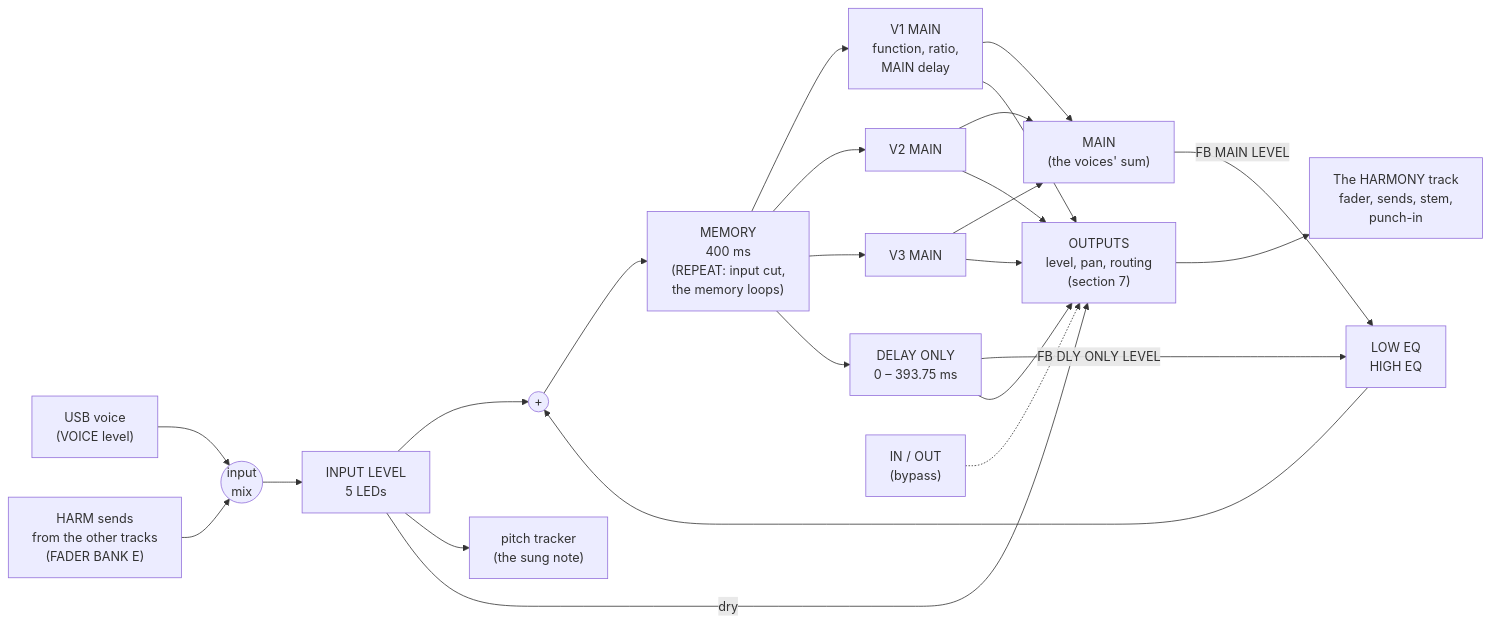
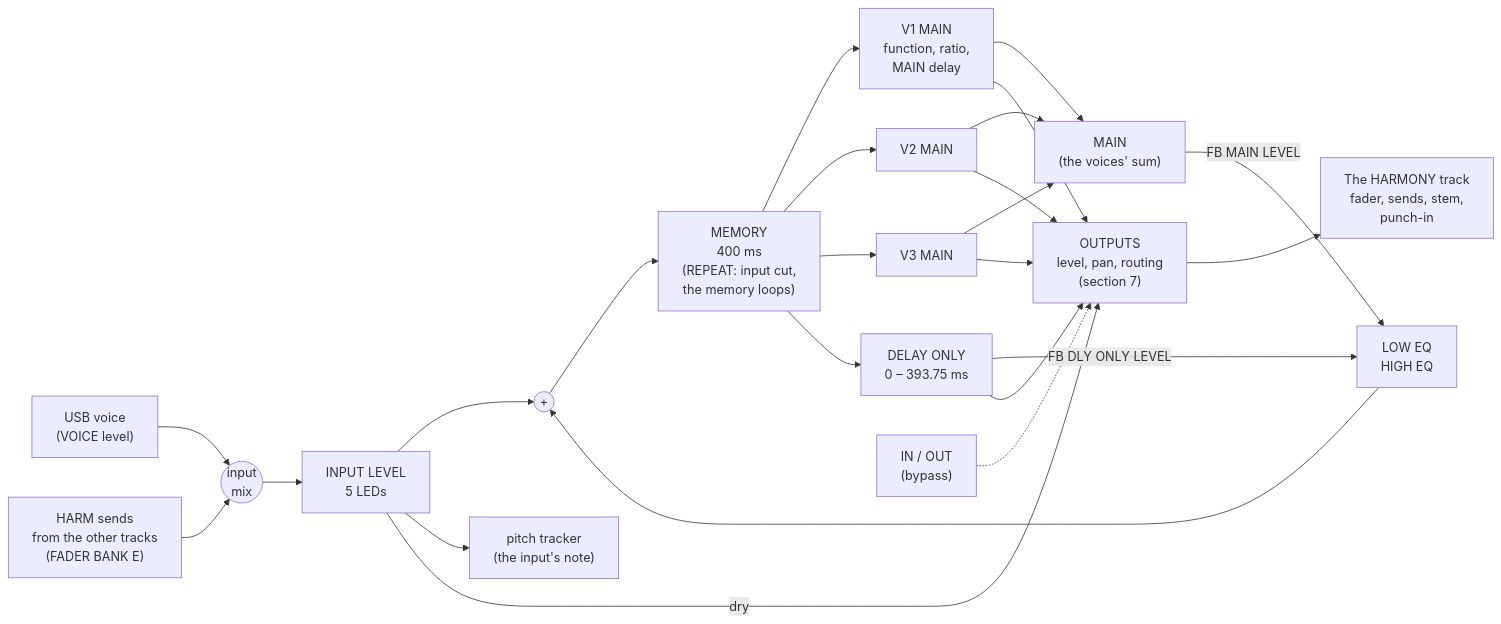
One commit to MiloMeowzers/sloop-smk37 changed the first of 2 diagrams in HARMONISER.md. Above: the diagram before and after it, drawn with Mermaid. The commit also changed other lines of this file, not shown here.

````diff
--- a/HARMONISER.md
+++ b/HARMONISER.md
@@ -57,21 +57,21 @@
 ```mermaid
 flowchart LR
   VO["USB voice<br/>(VOICE level)"] --> IM(("input<br/>mix"))
   SN["HARM sends<br/>from the other tracks<br/>(FADER BANK E)"] --> IM
   IM --> IL["INPUT LEVEL<br/>5 LEDs"] --> SUM(("+"))
-  IL --> TRK["pitch tracker<br/>(the sung note)"]
+  IL --> TRK["pitch tracker<br/>(the input's note)"]
   SUM --> MEM["MEMORY<br/>400 ms<br/>(REPEAT: input cut,<br/>the memory loops)"]
   MEM --> V1["V1 MAIN<br/>function, ratio,<br/>MAIN delay"]
   MEM --> V2["V2 MAIN"]
   MEM --> V3["V3 MAIN"]
   MEM --> DO["DELAY ONLY<br/>0 – 393.75 ms"]
   V1 & V2 & V3 --> MB["MAIN<br/>(the voices' sum)"]
   MB -->|"FB MAIN LEVEL"| EQ["LOW EQ<br/>HIGH EQ"]
   DO -->|"FB DLY ONLY LEVEL"| EQ
   EQ --> SUM
   IL -->|dry| OUT["OUTPUTS<br/>level, pan, routing<br/>(section 7)"]
   V1 & V2 & V3 --> OUT
   DO --> OUT
   OUT --> TR["The HARMONY track<br/>fader, sends, stem,<br/>punch-in"]
   BYP["IN / OUT<br/>(bypass)"] -.-> OUT
 ```
````
